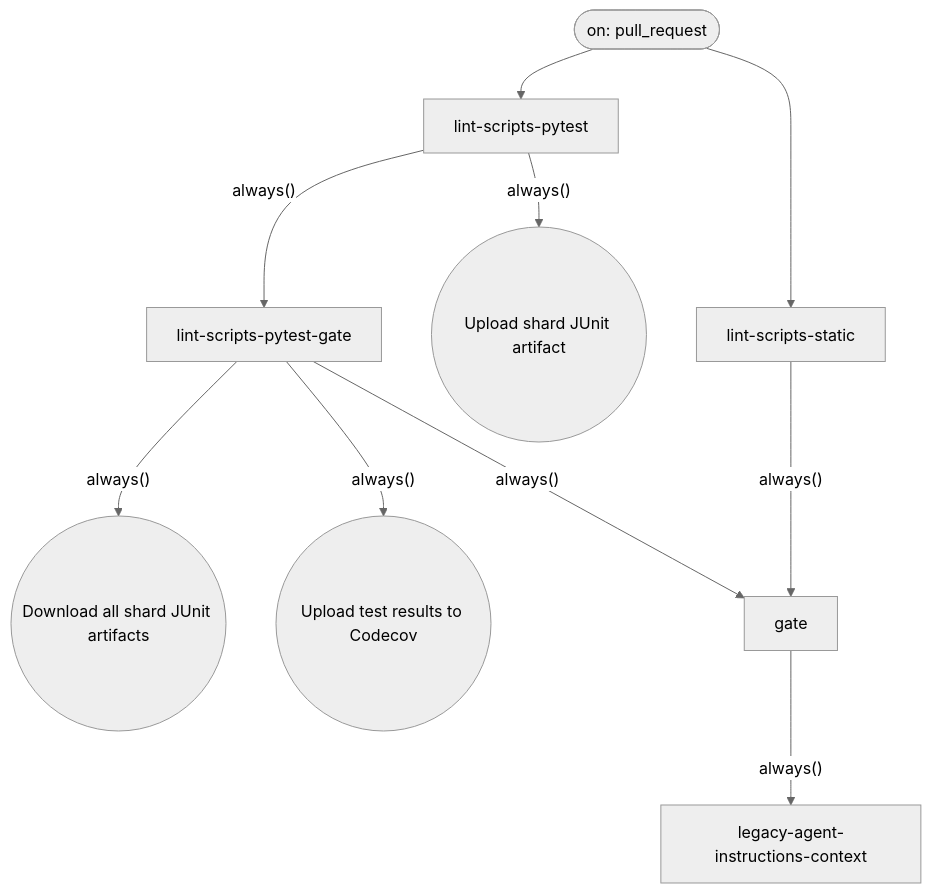
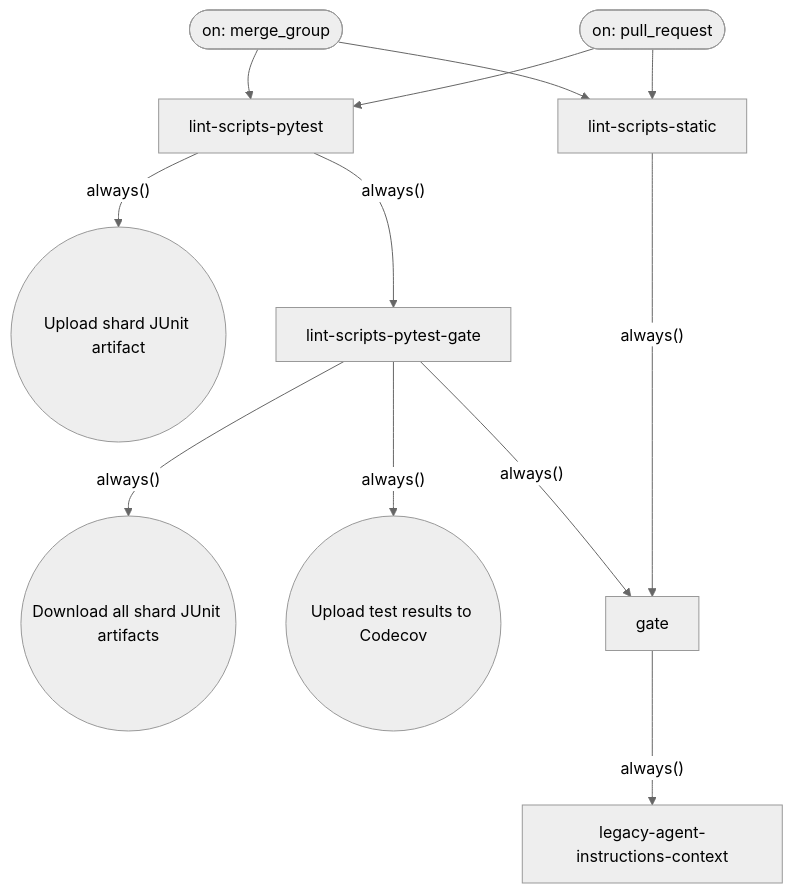
The diagram in docs/generated/workflows/verify-agents-if-branches.md (tvna/claude-md), drawn with Mermaid (neutral theme) before and after one commit. The commit also changed 9 other files, not shown here.

````diff
--- a/docs/generated/workflows/verify-agents-if-branches.md
+++ b/docs/generated/workflows/verify-agents-if-branches.md
@@ -5,24 +5,27 @@
 ```mermaid
 flowchart TD
 
     T_pull_request(["on: pull_request"])
+    T_merge_group(["on: merge_group"])
 
     J_lint_scripts_static["lint-scripts-static"]
     J_lint_scripts_pytest["lint-scripts-pytest"]
     S_J_lint_scripts_pytest_0(("Upload shard JUnit artifact"))
     J_lint_scripts_pytest_gate["lint-scripts-pytest-gate"]
     S_J_lint_scripts_pytest_gate_0(("Download all shard JUnit artifacts"))
     S_J_lint_scripts_pytest_gate_1(("Upload test results to Codecov"))
     J_gate["gate"]
     J_legacy_agent_instructions_context["legacy-agent-instructions-context"]
 
     T_pull_request --> J_lint_scripts_static
+    T_merge_group --> J_lint_scripts_static
     T_pull_request --> J_lint_scripts_pytest
+    T_merge_group --> J_lint_scripts_pytest
     J_lint_scripts_pytest -->|"always()"| S_J_lint_scripts_pytest_0
     J_lint_scripts_pytest -->|"always()"| J_lint_scripts_pytest_gate
     J_lint_scripts_pytest_gate -->|"always()"| S_J_lint_scripts_pytest_gate_0
     J_lint_scripts_pytest_gate -->|"always()"| S_J_lint_scripts_pytest_gate_1
     J_lint_scripts_static -->|"always()"| J_gate
     J_lint_scripts_pytest_gate -->|"always()"| J_gate
     J_gate -->|"always()"| J_legacy_agent_instructions_context
 ```
````
